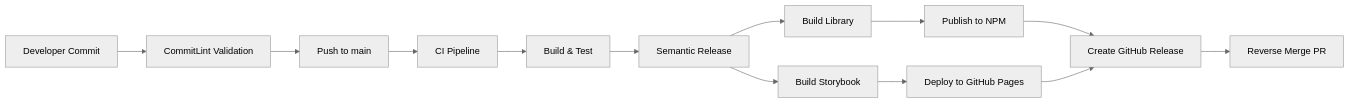
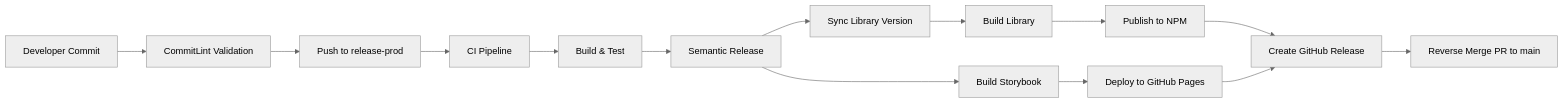
Before and after one commit to marvin-aroza/quanta-kit-design-system: the diagram in SEMANTIC_RELEASE_SETUP.md, drawn with Mermaid (neutral theme). The commit also changed other lines of this file and 4 other files, not shown here.

Commit message:
feat(AAP7): package version sync fix

````diff
--- a/SEMANTIC_RELEASE_SETUP.md
+++ b/SEMANTIC_RELEASE_SETUP.md
@@ -14,15 +14,16 @@
 ```mermaid
 graph LR
     A[Developer Commit] --> B[CommitLint Validation]
-    B --> C[Push to main]
+    B --> C[Push to release-prod]
     C --> D[CI Pipeline]
     D --> E[Build & Test]
     E --> F[Semantic Release]
-    F --> G[Build Library]
-    F --> H[Build Storybook]
-    G --> I[Publish to NPM]
-    H --> J[Deploy to GitHub Pages]
-    I --> K[Create GitHub Release]
-    J --> K
-    K --> L[Reverse Merge PR]
+    F --> G[Sync Library Version]
+    G --> H[Build Library]
+    F --> I[Build Storybook]
+    H --> J[Publish to NPM]
+    I --> K[Deploy to GitHub Pages]
+    J --> L[Create GitHub Release]
+    K --> L
+    L --> M[Reverse Merge PR to main]
 ```
````
